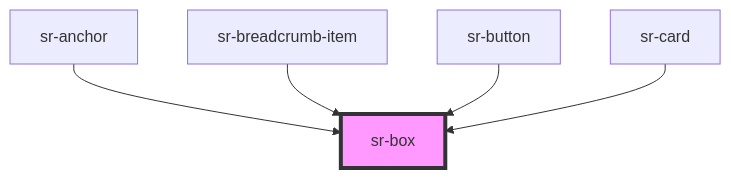
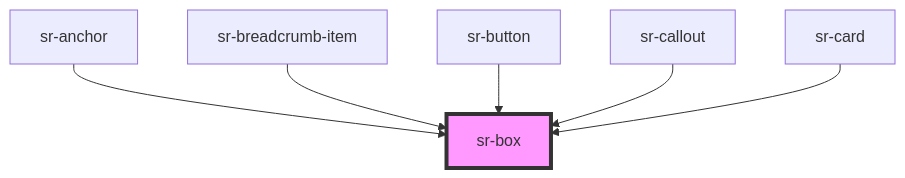
One commit to tonyblu331/spotify-replay-design-system changed the diagram in src/components/primitives/sr-box/readme.md. Above: the diagram before and after it, drawn with Mermaid. The commit also changed other lines of this file and 10 other files, not shown here.

````diff
--- a/src/components/primitives/sr-box/readme.md
+++ b/src/components/primitives/sr-box/readme.md
@@ -63,8 +64,9 @@
 ```mermaid
 graph TD;
   sr-anchor --> sr-box
   sr-breadcrumb-item --> sr-box
   sr-button --> sr-box
+  sr-callout --> sr-box
   sr-card --> sr-box
   style sr-box fill:#f9f,stroke:#333,stroke-width:4px
 ```
````
